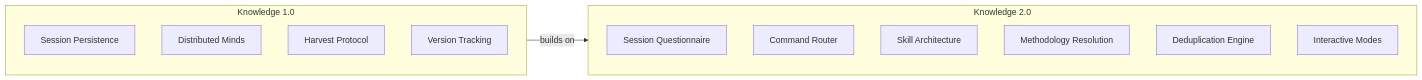
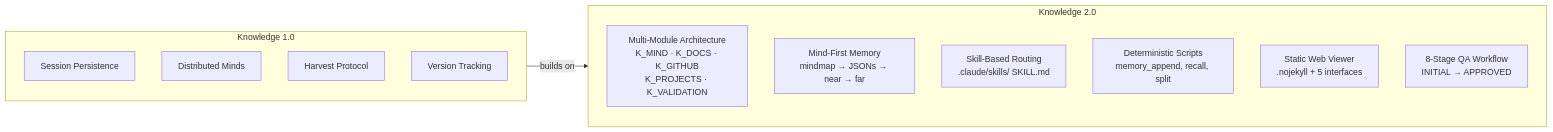
The first of 4 diagrams in docs/publications/knowledge-2.0/full/index.md (packetqc/K_DOCS), drawn with Mermaid before and after one commit. The commit also changed other lines of this file and 1 other file, not shown here.

First line of the commit message:
docs: update knowledge-2.0 mermaid diagrams to K2.0 architecture

````diff
--- a/docs/publications/knowledge-2.0/full/index.md
+++ b/docs/publications/knowledge-2.0/full/index.md
@@ -97,22 +97,22 @@
 ```mermaid
 flowchart LR
     subgraph V1["Knowledge 1.0"]
         direction TB
         P1["Session Persistence"]
         P2["Distributed Minds"]
         P3["Harvest Protocol"]
         P4["Version Tracking"]
     end
 
     subgraph V2["Knowledge 2.0"]
         direction TB
-        Q1["Session Questionnaire"]
-        Q2["Command Router"]
-        Q3["Skill Architecture"]
-        Q4["Methodology Resolution"]
-        Q5["Deduplication Engine"]
-        Q6["Interactive Modes"]
+        Q1["Multi-Module Architecture<br/>K_MIND · K_DOCS · K_GITHUB<br/>K_PROJECTS · K_VALIDATION"]
+        Q2["Mind-First Memory<br/>mindmap → JSONs → near → far"]
+        Q3["Skill-Based Routing<br/>.claude/skills/ SKILL.md"]
+        Q4["Deterministic Scripts<br/>memory_append, recall, split"]
+        Q5["Static Web Viewer<br/>.nojekyll + 5 interfaces"]
+        Q6["8-Stage QA Workflow<br/>INITIAL → APPROVED"]
     end
 
     V1 -->|"builds on"| V2
 ```
````
